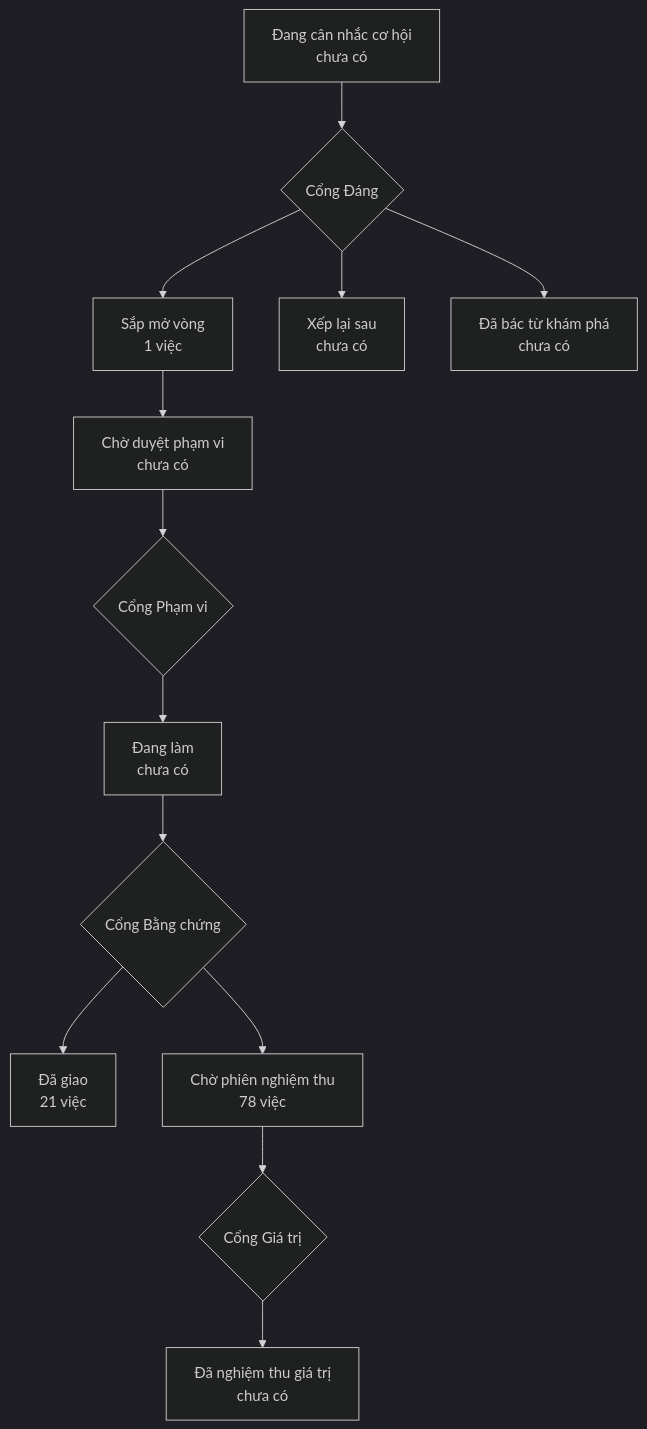
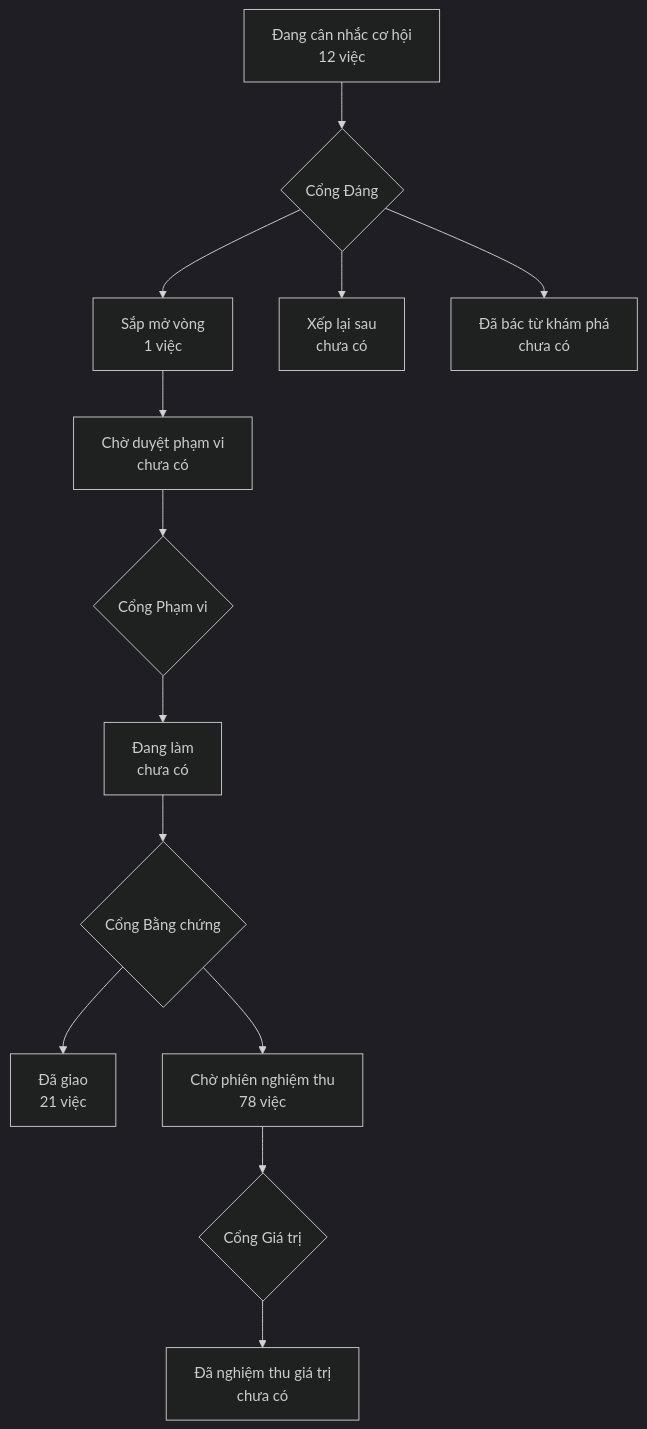
Before and after one commit to phanlemanh/onehub-quy-hang: the diagram in PRODUCT-MAP.md, drawn with Mermaid (dark theme). The commit also changed other lines of this file and 26 other files, not shown here.

First line of the commit message:
chore(acceptance): ô cơ hội 12 hàng chờ Cổng Đáng (đợt dau-khach-nhap)

````diff
--- a/PRODUCT-MAP.md
+++ b/PRODUCT-MAP.md
@@ -7,12 +7,12 @@
 ```mermaid
 flowchart TD
-  A["Đang cân nhắc cơ hội<br/>chưa có"] --> GD{"Cổng Đáng"}
+  A["Đang cân nhắc cơ hội<br/>12 việc"] --> GD{"Cổng Đáng"}
   GD --> B["Sắp mở vòng<br/>1 việc"]
   GD --> XL["Xếp lại sau<br/>chưa có"]
   GD --> DB["Đã bác từ khám phá<br/>chưa có"]
   B --> CD["Chờ duyệt phạm vi<br/>chưa có"] --> GP{"Cổng Phạm vi"}
   GP --> DL["Đang làm<br/>chưa có"] --> GB{"Cổng Bằng chứng"}
   GB --> DG["Đã giao<br/>21 việc"]
   GB --> CN["Chờ phiên nghiệm thu<br/>78 việc"] --> GG{"Cổng Giá trị"}
   GG --> NT["Đã nghiệm thu giá trị<br/>chưa có"]
 ```
````
